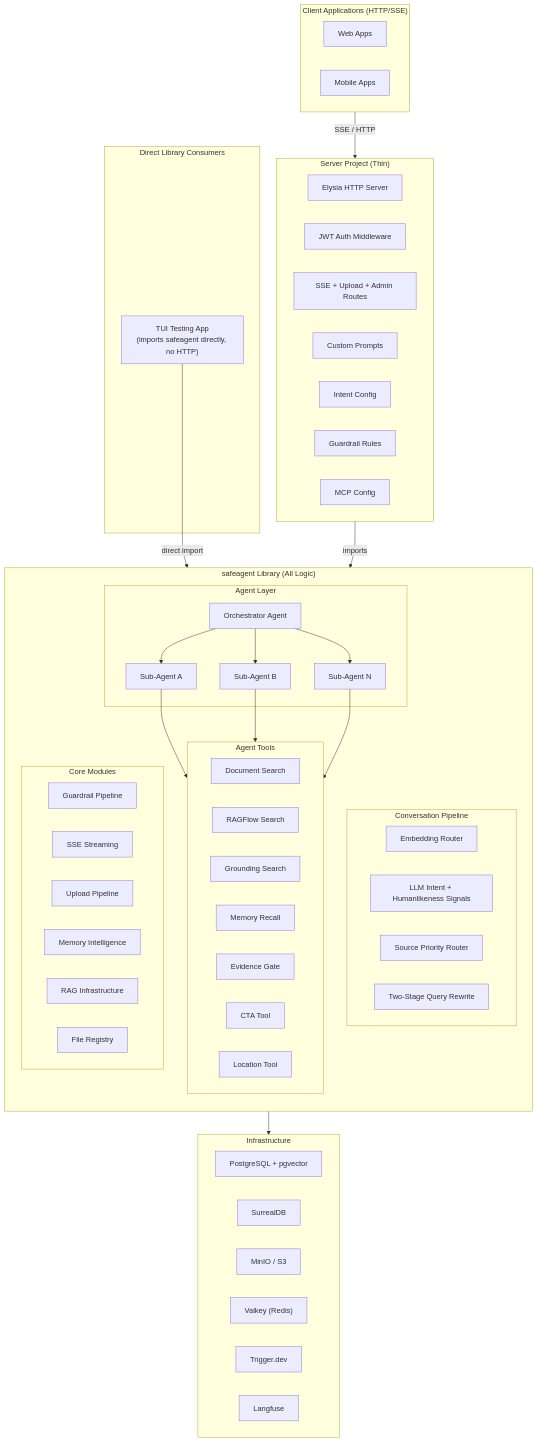
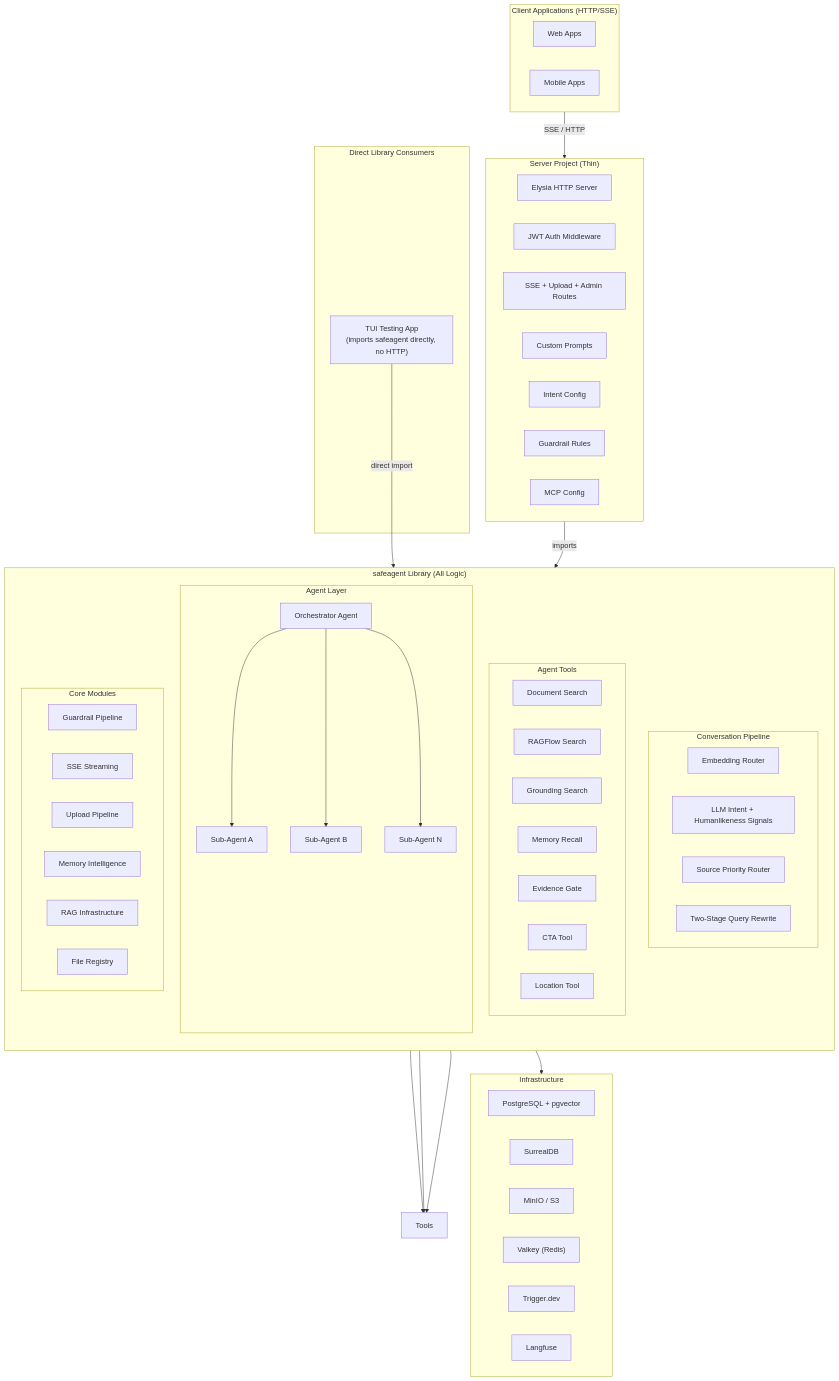
Before and after one commit to 1qh/safeagent: the first of 3 diagrams in plan/overview.md, drawn with Mermaid. The commit also changed other lines of this file and 7 other files, not shown here.

Commit message:
plan: fix Mermaid node IDs to UPPER_SNAKE across all files

````diff
--- a/plan/overview.md
+++ b/plan/overview.md
@@ -13,73 +13,73 @@
 ```mermaid
 graph TB
-    subgraph Clients["Client Applications (HTTP/SSE)"]
+    subgraph CLIENT_APPLICATIONS["Client Applications (HTTP/SSE)"]
         WEB["Web Apps"]
         MOB["Mobile Apps"]
     end
 
-    subgraph DirectConsumers["Direct Library Consumers"]
+    subgraph DIRECT_LIBRARY_CONSUMERS["Direct Library Consumers"]
         TUI["TUI Testing App\n(imports safeagent directly, no HTTP)"]
     end
 
-    subgraph Server["Server Project (Thin)"]
+    subgraph SERVER_PROJECT["Server Project (Thin)"]
         ELYSIA["Elysia HTTP Server"]
         AUTH["JWT Auth Middleware"]
         ROUTES["SSE + Upload + Admin Routes"]
         PROMPTS["Custom Prompts"]
         INTENTS["Intent Config"]
         GUARD_RULES["Guardrail Rules"]
         MCP_CONF["MCP Config"]
     end
 
-    subgraph Library["safeagent Library (All Logic)"]
+    subgraph SAFEAGENT_LIBRARY["safeagent Library (All Logic)"]
         direction TB
-        subgraph ConversationPipeline["Conversation Pipeline"]
+        subgraph CONVERSATION_PIPELINE["Conversation Pipeline"]
             EMB_ROUTER["Embedding Router"]
             LLM_VALID["LLM Intent + Humanlikeness Signals"]
             SRC_ROUTER["Source Priority Router"]
             REWRITE["Two-Stage Query Rewrite"]
         end
 
-        subgraph AgentLayer["Agent Layer"]
+        subgraph AGENT_LAYER["Agent Layer"]
             ORCH["Orchestrator Agent"]
             SUB_A["Sub-Agent A"]
             SUB_B["Sub-Agent B"]
             SUB_N["Sub-Agent N"]
         end
 
-        subgraph Tools["Agent Tools"]
+        subgraph AGENT_TOOLS["Agent Tools"]
             DOC_SEARCH["Document Search"]
             RAGFLOW["RAGFlow Search"]
             GROUND["Grounding Search"]
             MEM_RECALL["Memory Recall"]
             EVIDENCE["Evidence Gate"]
             CTA_TOOL["CTA Tool"]
             LOCATION_TOOL["Location Tool"]
         end
 
-        subgraph CoreModules["Core Modules"]
+        subgraph CORE_MODULES["Core Modules"]
             GUARD["Guardrail Pipeline"]
             STREAM["SSE Streaming"]
             UPLOAD["Upload Pipeline"]
             MEMORY["Memory Intelligence"]
             RAG["RAG Infrastructure"]
             FILE_REG["File Registry"]
         end
     end
 
-    subgraph Infrastructure["Infrastructure"]
+    subgraph INFRASTRUCTURE_LAYER["Infrastructure"]
         PG["PostgreSQL + pgvector"]
         SURREAL["SurrealDB"]
-        S3["MinIO / S3"]
+        OBJECT_STORAGE_BUCKET["MinIO / S3"]
         VALKEY["Valkey (Redis)"]
         TRIGGER["Trigger.dev"]
         LANGFUSE["Langfuse"]
     end
 
-    Clients -->|SSE / HTTP| Server
-    TUI -->|direct import| Library
-    Server -->|imports| Library
-    Library --> Infrastructure
+    CLIENT_APPLICATIONS -->|SSE / HTTP| SERVER_PROJECT
+    TUI -->|direct import| SAFEAGENT_LIBRARY
+    SERVER_PROJECT -->|imports| SAFEAGENT_LIBRARY
+    SAFEAGENT_LIBRARY --> INFRASTRUCTURE_LAYER
     ORCH --> SUB_A & SUB_B & SUB_N
     SUB_A & SUB_B & SUB_N --> Tools
 ```
````
